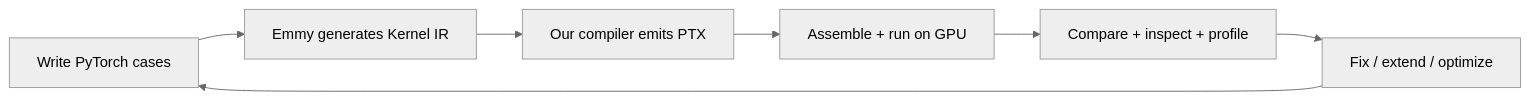
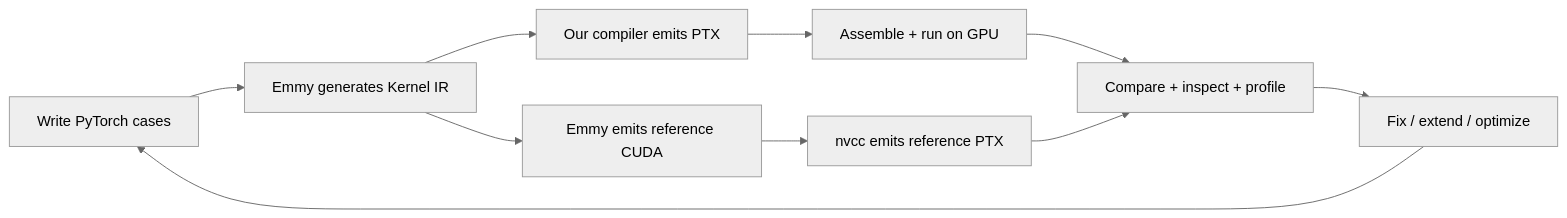
One commit to Ali-Nawed/emmy-ptx-compiler changed the first of 2 diagrams in docs/compiler/18-presentation-walkthrough.md. Above: the diagram before and after it, drawn with Mermaid (neutral theme). The commit also changed other lines of this file and 1 other file, not shown here.

Commit message:
Document reference compiler comparison and remaining MVP gaps

````diff
--- a/docs/compiler/18-presentation-walkthrough.md
+++ b/docs/compiler/18-presentation-walkthrough.md
@@ -7,9 +7,12 @@
 ```mermaid
 flowchart LR
     A[Write PyTorch cases] --> B[Emmy generates Kernel IR]
     B --> C[Our compiler emits PTX]
+    B --> R[Emmy emits reference CUDA]
+    R --> N[nvcc emits reference PTX]
     C --> D[Assemble + run on GPU]
     D --> E[Compare + inspect + profile]
+    N --> E
     E --> F[Fix / extend / optimize]
     F --> A
 ```
````
